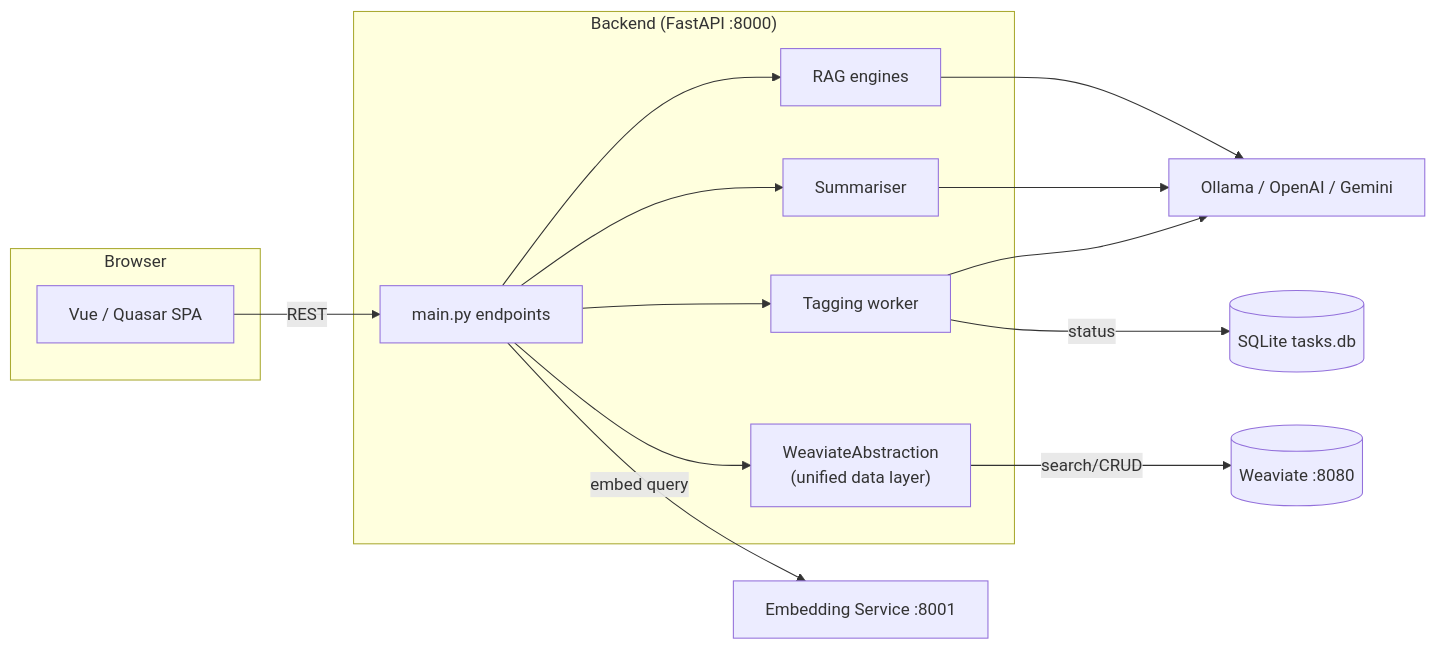
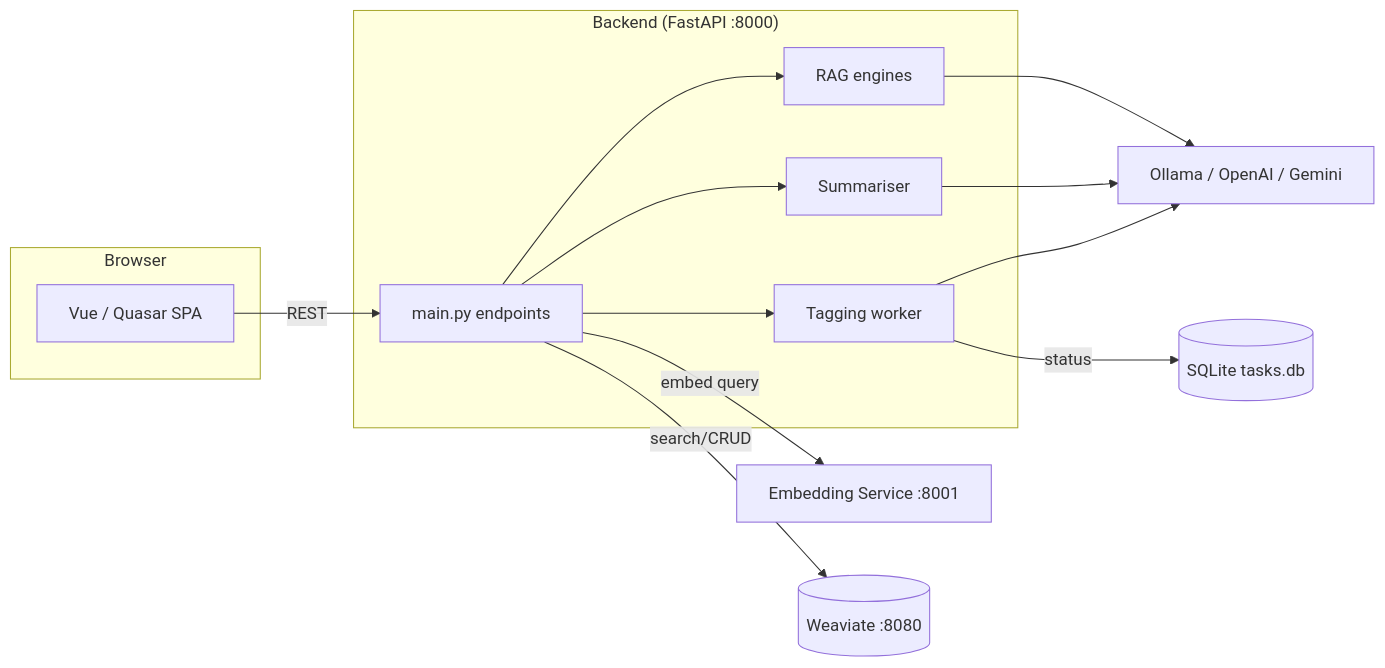
The diagram in README.md (DCGM/semant-demo), drawn with Mermaid before and after one commit. The commit also changed other lines of this file and 44 other files, not shown here.

````diff
--- a/README.md
+++ b/README.md
@@ -77,31 +70,29 @@
 ```mermaid
 flowchart LR
     subgraph Browser
         FE[Vue / Quasar SPA]
     end
 
     subgraph Backend ["Backend (FastAPI :8000)"]
         API[main.py endpoints]
         RAG[RAG engines]
         SUM[Summariser]
         TAG[Tagging worker]
-        WA["WeaviateAbstraction<br/>(unified data layer)"]
     end
 
     EMB[Embedding Service :8001]
     WV[(Weaviate :8080)]
     SQL[(SQLite tasks.db)]
     LLM[Ollama / OpenAI / Gemini]
 
     FE -- REST --> API
     API --> RAG
     API --> SUM
     API --> TAG
     API -- embed query --> EMB
-    API --> WA
-    WA -- search/CRUD --> WV
+    API -- search/CRUD --> WV
     TAG -- status --> SQL
     RAG --> LLM
     SUM --> LLM
     TAG --> LLM
 ```
````
